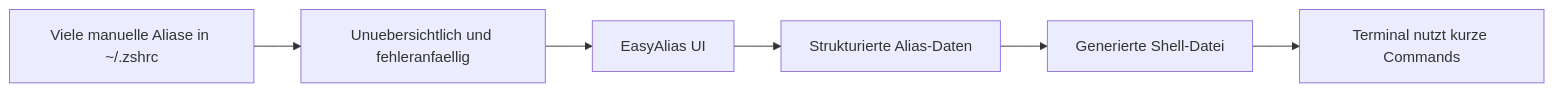
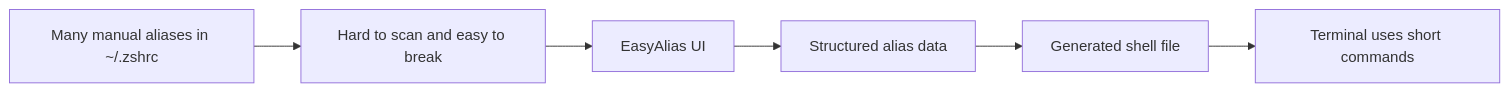
One commit to hannesgnann-hub/easyalias changed the first of 4 diagrams in README.md. Above: the diagram before and after it, drawn with Mermaid. The commit also changed other lines of this file and 2 other files, not shown here.

````diff
--- a/README.md
+++ b/README.md
@@ -24,8 +24,8 @@
 ```mermaid
 flowchart LR
-  A["Viele manuelle Aliase in ~/.zshrc"] --> B["Unuebersichtlich und fehleranfaellig"]
+  A["Many manual aliases in ~/.zshrc"] --> B["Hard to scan and easy to break"]
   B --> C["EasyAlias UI"]
-  C --> D["Strukturierte Alias-Daten"]
-  D --> E["Generierte Shell-Datei"]
-  E --> F["Terminal nutzt kurze Commands"]
+  C --> D["Structured alias data"]
+  D --> E["Generated shell file"]
+  E --> F["Terminal uses short commands"]
 ```
````
